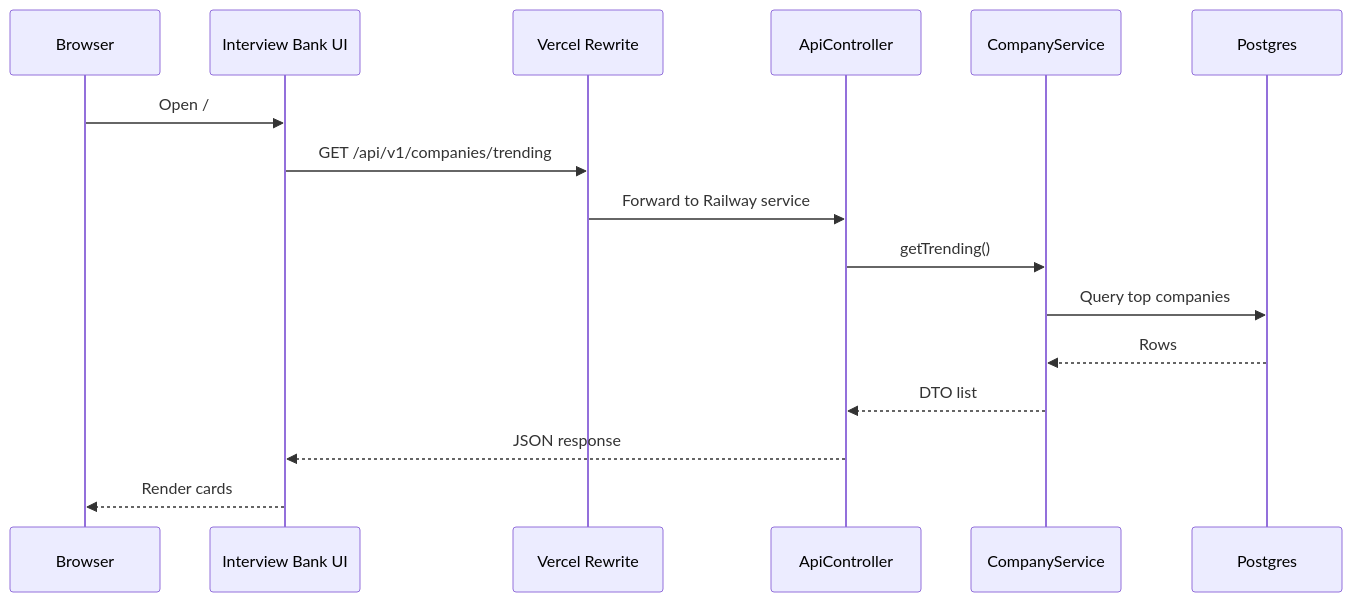
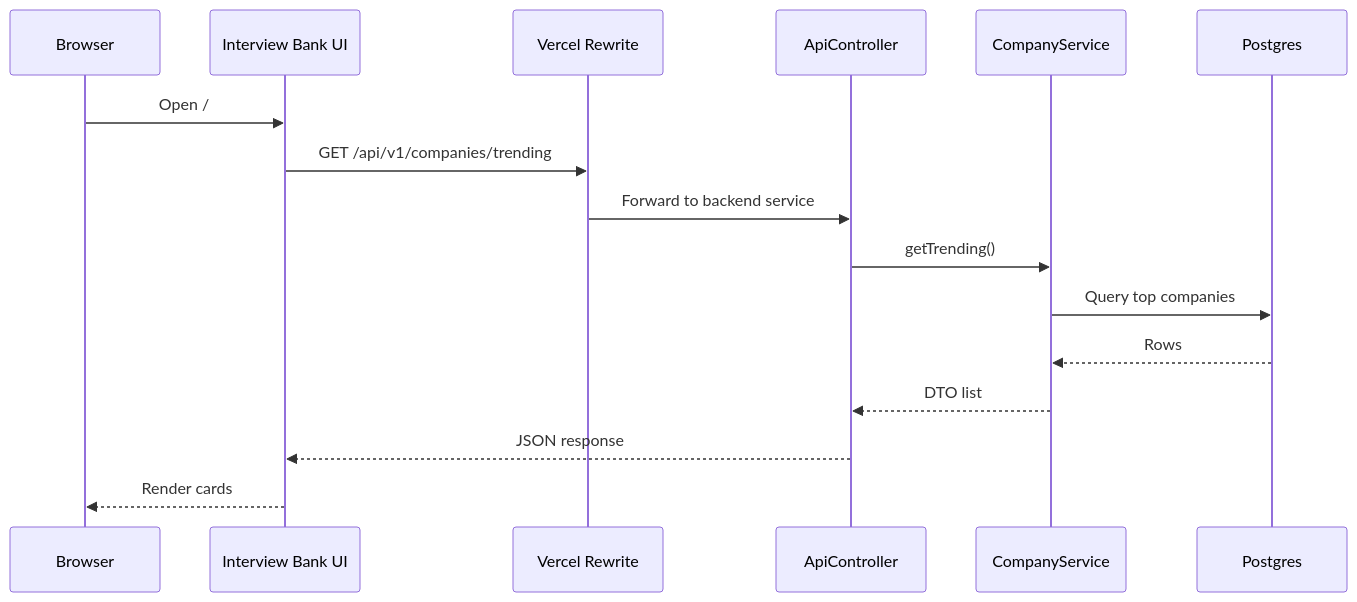
Before and after one commit to chiranjeev-21/InterviewStack: the second of 3 diagrams in ARCHITECTURE.md, drawn with Mermaid. The commit also changed other lines of this file and 2 other files, not shown here.

Commit message:
Add documentation for the resend api migration from smtp

````diff
--- a/ARCHITECTURE.md
+++ b/ARCHITECTURE.md
@@ -93,19 +93,19 @@
 ```mermaid
 sequenceDiagram
     participant B as Browser
     participant UI as Interview Bank UI
     participant V as Vercel Rewrite
     participant API as ApiController
     participant CS as CompanyService
     participant DB as Postgres
 
     B->>UI: Open /
     UI->>V: GET /api/v1/companies/trending
-    V->>API: Forward to Railway service
+    V->>API: Forward to backend service
     API->>CS: getTrending()
     CS->>DB: Query top companies
     DB-->>CS: Rows
     CS-->>API: DTO list
     API-->>UI: JSON response
     UI-->>B: Render cards
 ```
````
